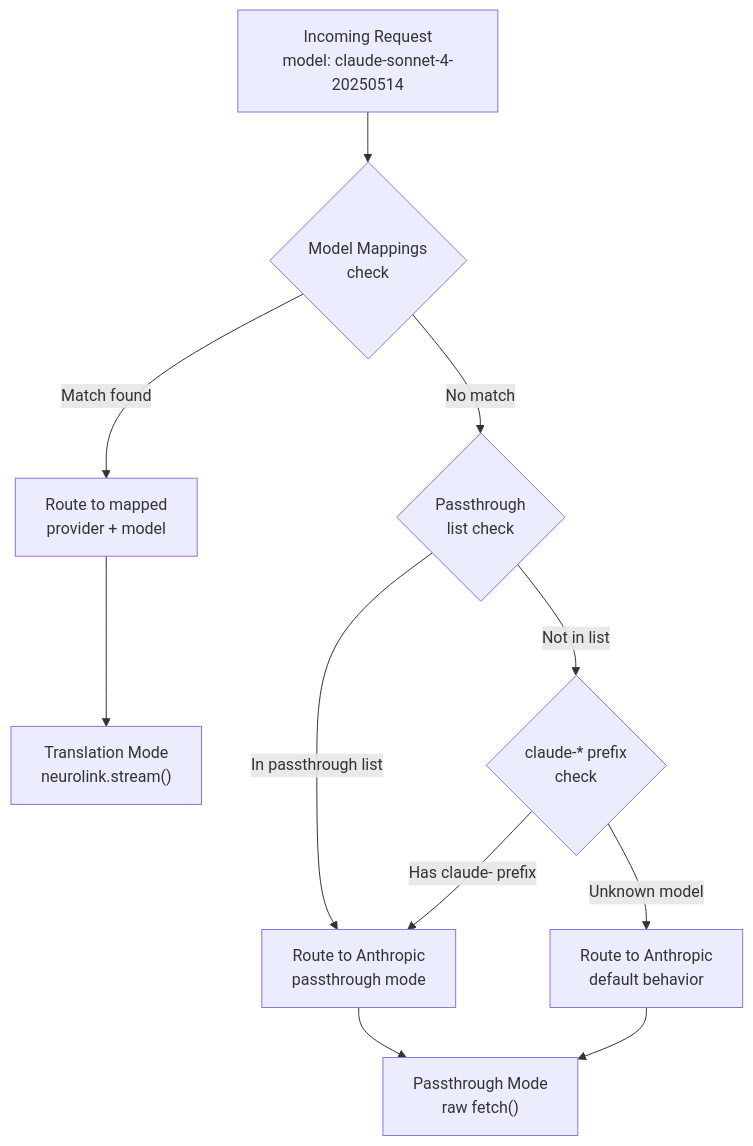
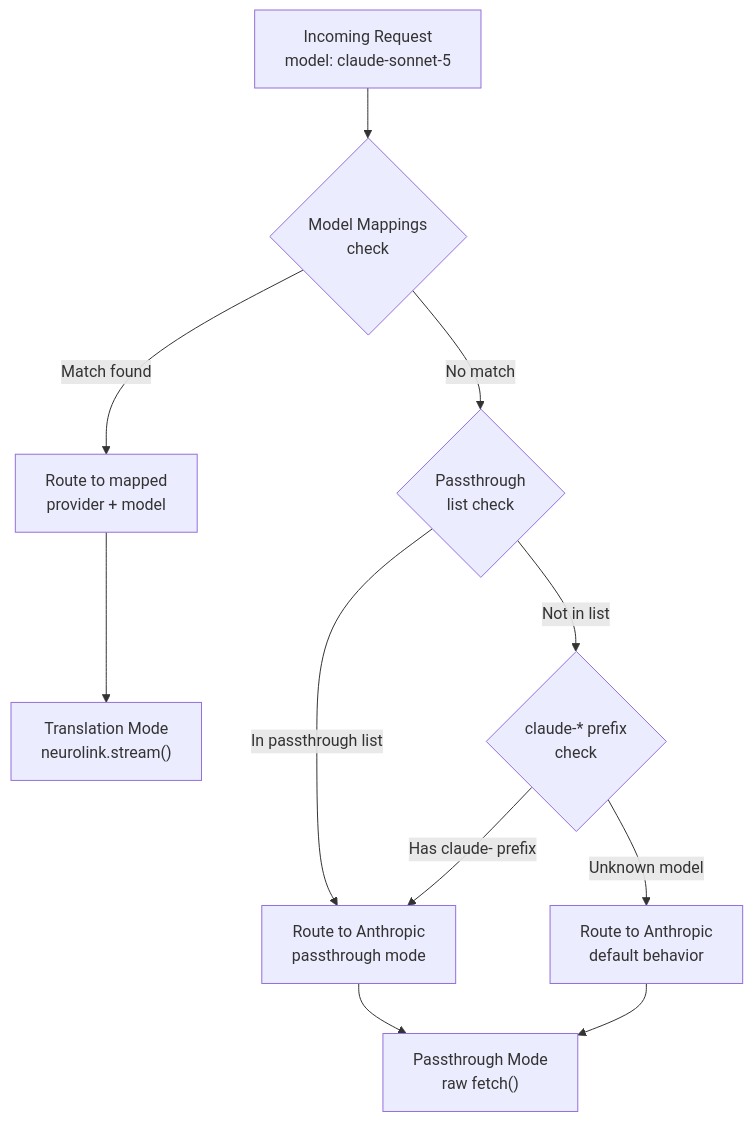
Before and after one commit to juspay/neurolink-blog: the fourth of 4 diagrams in _posts/2026-03-11-claude-proxy-multi-account-oauth.md, drawn with Mermaid. The commit also changed other lines of this file and 172 other files, not shown here.

````diff
--- a/_posts/2026-03-11-claude-proxy-multi-account-oauth.md
+++ b/_posts/2026-03-11-claude-proxy-multi-account-oauth.md
@@ -374,17 +383,17 @@
 ```mermaid
 flowchart TD
-    Req["Incoming Request\nmodel: claude-sonnet-4-20250514"] --> MM{"Model Mappings\ncheck"}
+    Req["Incoming Request\nmodel: claude-sonnet-5"] --> MM{"Model Mappings\ncheck"}
 
     MM -->|"Match found"| Map["Route to mapped\nprovider + model"]
     MM -->|"No match"| PT{"Passthrough\nlist check"}
 
     PT -->|"In passthrough list"| Direct["Route to Anthropic\npassthrough mode"]
     PT -->|"Not in list"| Prefix{"claude-* prefix\ncheck"}
 
     Prefix -->|"Has claude- prefix"| Direct
     Prefix -->|"Unknown model"| Default["Route to Anthropic\ndefault behavior"]
 
     Map --> Translation["Translation Mode\nneurolink.stream()"]
     Direct --> Passthrough["Passthrough Mode\nraw fetch()"]
     Default --> Passthrough
 ```
````
